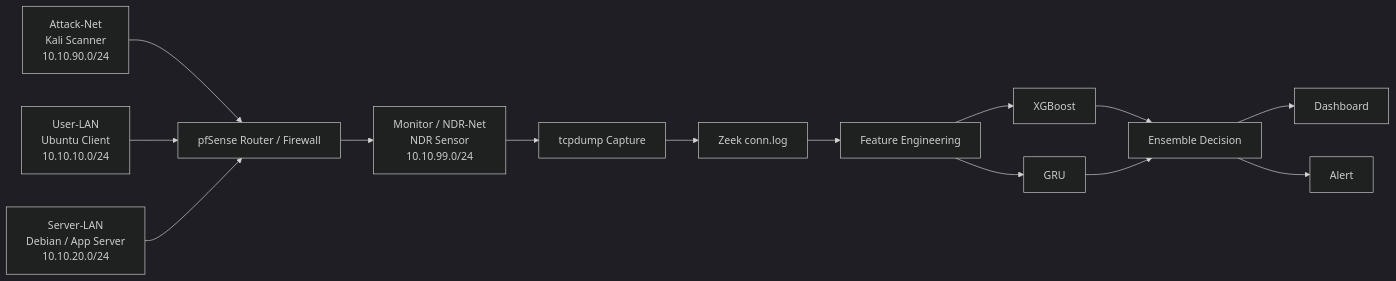
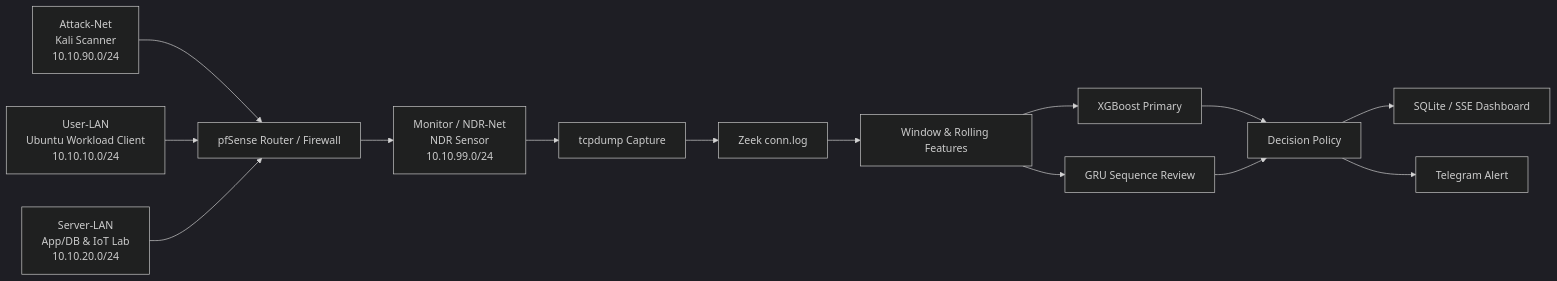
The diagram in README.md (candy3157/ndr-lab-portfolio), drawn with Mermaid (dark theme) before and after one commit. The commit also changed other lines of this file, not shown here.

Commit message:
docs: align README with validated NDR runtime policy

````diff
--- a/README.md
+++ b/README.md
@@ -32,17 +25,17 @@
 ```mermaid
 flowchart LR
     A["Attack-Net\nKali Scanner\n10.10.90.0/24"] --> R["pfSense Router / Firewall"]
-    U["User-LAN\nUbuntu Client\n10.10.10.0/24"] --> R
-    S["Server-LAN\nDebian / App Server\n10.10.20.0/24"] --> R
+    U["User-LAN\nUbuntu Workload Client\n10.10.10.0/24"] --> R
+    S["Server-LAN\nApp/DB & IoT Lab\n10.10.20.0/24"] --> R
     R --> N["Monitor / NDR-Net\nNDR Sensor\n10.10.99.0/24"]
 
     N --> T[tcpdump Capture]
     T --> Z[Zeek conn.log]
-    Z --> F[Feature Engineering]
-    F --> X[XGBoost]
-    F --> G[GRU]
-    X --> E[Ensemble Decision]
-    G --> E
-    E --> D[Dashboard]
-    E --> AL[Alert]
+    Z --> F[Window & Rolling Features]
+    F --> X[XGBoost Primary]
+    F --> G[GRU Sequence Review]
+    X --> P[Decision Policy]
+    G --> P
+    P --> D[SQLite / SSE Dashboard]
+    P --> AL[Telegram Alert]
 ```
````
